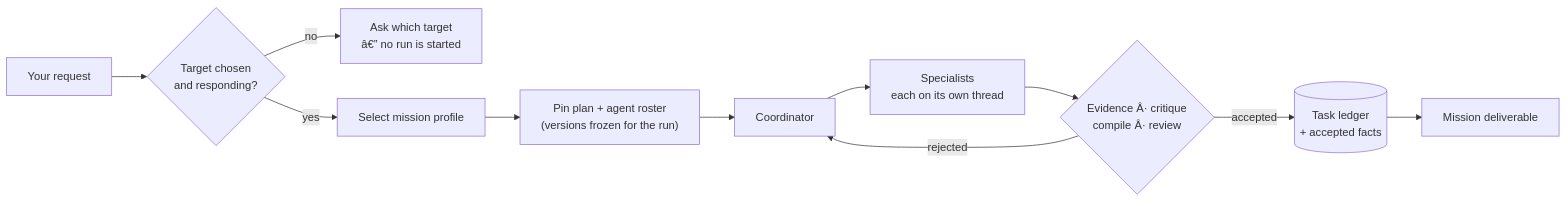
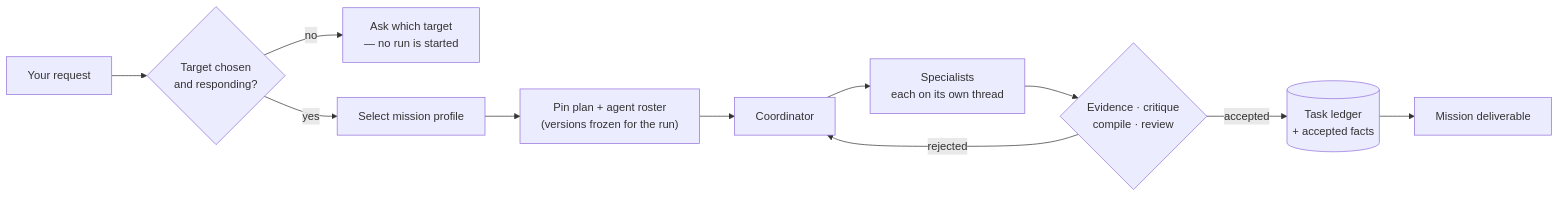
Before and after one commit to srinivasravula18/core-platform-automation: the fifth of 6 diagrams in docs/application-guide.md, drawn with Mermaid. The commit also changed other lines of this file, not shown here.

````diff
--- a/docs/application-guide.md
+++ b/docs/application-guide.md
@@ -359,14 +359,14 @@
 ```mermaid
 flowchart LR
     Req["Your request"] --> Target{"Target chosen<br/>and responding?"}
-    Target -- "no" --> Ask["Ask which target<br/>â€” no run is started"]
+    Target -- "no" --> Ask["Ask which target<br/>— no run is started"]
     Target -- "yes" --> Mission["Select mission profile"]
     Mission --> Plan["Pin plan + agent roster<br/>(versions frozen for the run)"]
     Plan --> Coord["Coordinator"]
 
     Coord --> Agents["Specialists<br/>each on its own thread"]
-    Agents --> Gates{"Evidence Â· critique<br/>compile Â· review"}
+    Agents --> Gates{"Evidence · critique<br/>compile · review"}
     Gates -- "accepted" --> Ledger[("Task ledger<br/>+ accepted facts")]
     Gates -- "rejected" --> Coord
     Ledger --> Deliverable["Mission deliverable"]
 ```
````
